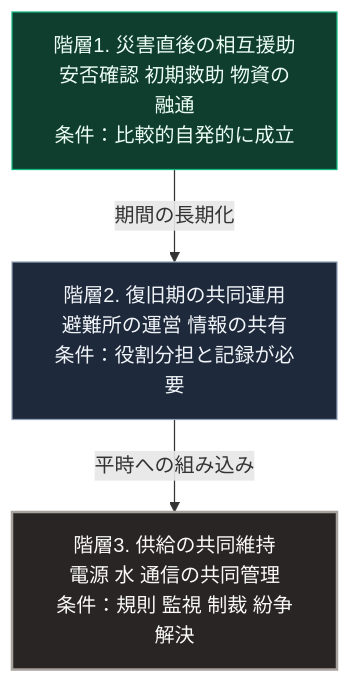
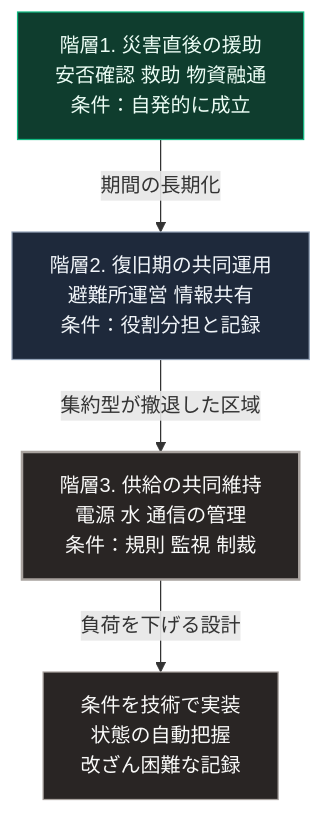
One commit to Takenori-Kusaka/zenn-content changed the diagram in books/sovereign-resilience-blueprint/implication-community.md. Above: the diagram before and after it, drawn with Mermaid. The commit also changed other lines of this file and 114 other files, not shown here.

````diff
--- a/books/sovereign-resilience-blueprint/implication-community.md
+++ b/books/sovereign-resilience-blueprint/implication-community.md
@@ -69,10 +69,12 @@
 ```mermaid
 flowchart TD
-    L1[階層1. 災害直後の相互援助<br>安否確認 初期救助 物資の融通<br>条件：比較的自発的に成立]
-    L1 -->|期間の長期化| L2[階層2. 復旧期の共同運用<br>避難所の運営 情報の共有<br>条件：役割分担と記録が必要]
-    L2 -->|平時への組み込み| L3[階層3. 供給の共同維持<br>電源 水 通信の共同管理<br>条件：規則 監視 制裁 紛争解決]
+    L1[階層1. 災害直後の援助<br>安否確認 救助 物資融通<br>条件：自発的に成立]
+    L1 -->|期間の長期化| L2[階層2. 復旧期の共同運用<br>避難所運営 情報共有<br>条件：役割分担と記録]
+    L2 -->|集約型が撤退した区域| L3[階層3. 供給の共同維持<br>電源 水 通信の管理<br>条件：規則 監視 制裁]
+    L3 -->|負荷を下げる設計| T[条件を技術で実装<br>状態の自動把握<br>改ざん困難な記録]
 
     style L1 fill:#0f3d2e,stroke:#10b981,color:#ecfdf5
     style L2 fill:#1e293b,stroke:#94a3b8,color:#f1f5f9
     style L3 fill:#292524,stroke:#a8a29e,stroke-width:2px,color:#fafaf9
+    style T fill:#292524,stroke:#a8a29e,color:#fafaf9
 ```
````
